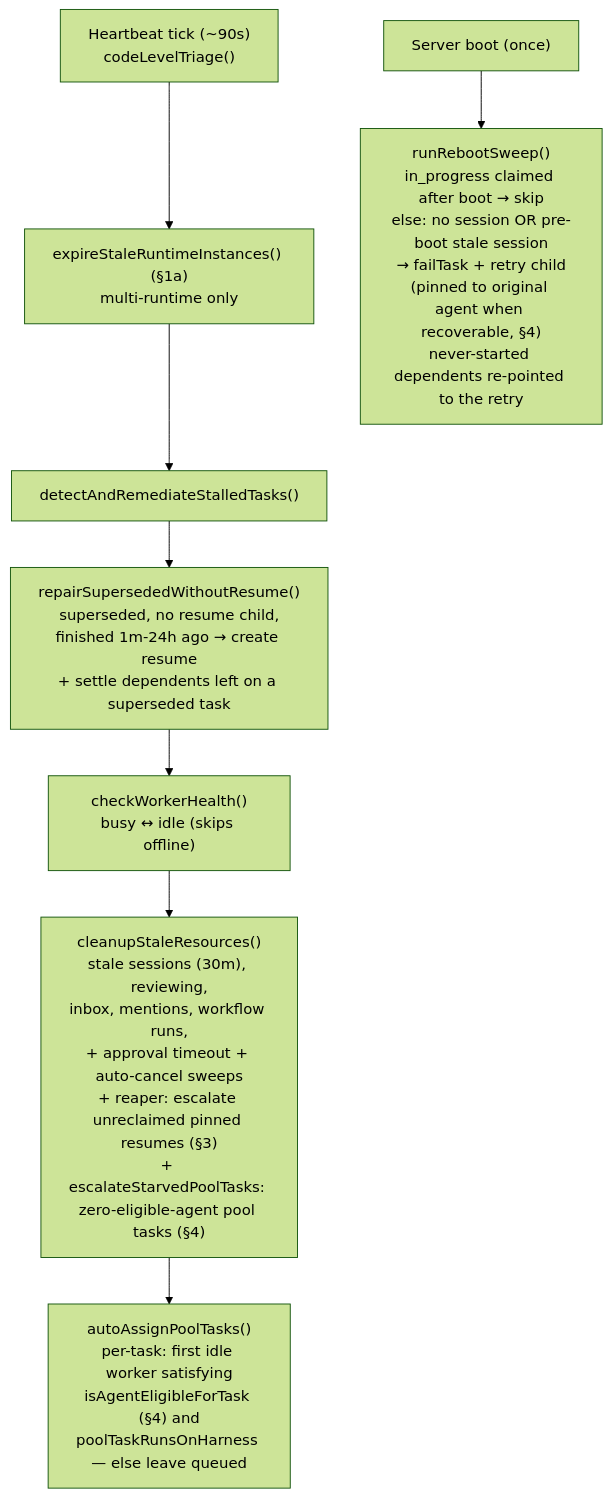
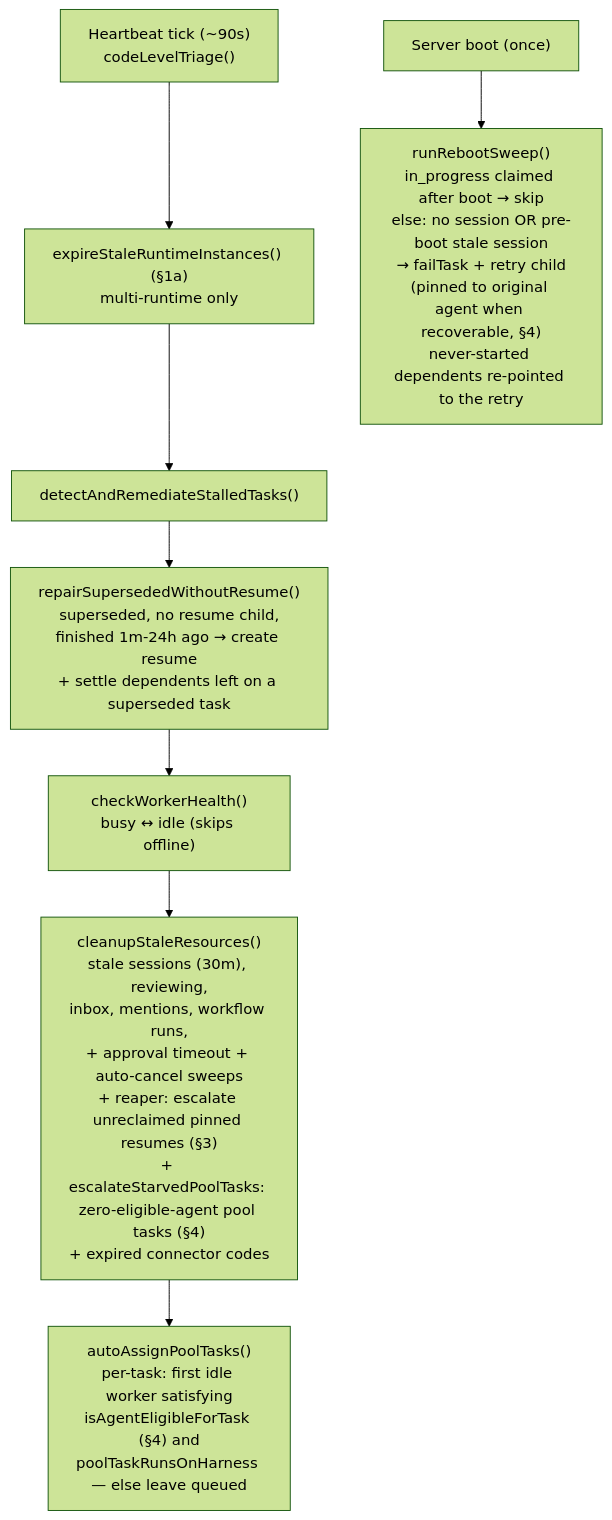
One commit to desplega-ai/agent-swarm changed the first of 5 diagrams in runbooks/heartbeat-crash-recovery.md. Above: the diagram before and after it, drawn with Mermaid (forest theme). The commit also changed other lines of this file and 18 other files, not shown here.

First line of the commit message:
feat(users): one-click Connect to ChatGPT via single-use connector codes

````diff
--- a/runbooks/heartbeat-crash-recovery.md
+++ b/runbooks/heartbeat-crash-recovery.md
@@ -15,11 +15,11 @@
 ```mermaid
 flowchart TD
   tick["Heartbeat tick (~90s)<br/>codeLevelTriage()"] --> expire["expireStaleRuntimeInstances() (§1a)<br/>multi-runtime only"]
   expire --> detect["detectAndRemediateStalledTasks()"]
   detect --> repair["repairSupersededWithoutResume()<br/>superseded, no resume child,<br/>finished 1m-24h ago → create resume<br/>+ settle dependents left on a superseded task"]
   repair --> health["checkWorkerHealth()<br/>busy ↔ idle (skips offline)"]
-  health --> cleanup["cleanupStaleResources()<br/>stale sessions (30m), reviewing,<br/>inbox, mentions, workflow runs,<br/>+ approval timeout + auto-cancel sweeps<br/>+ reaper: escalate unreclaimed pinned resumes (§3)<br/>+ escalateStarvedPoolTasks: zero-eligible-agent pool tasks (§4)"]
+  health --> cleanup["cleanupStaleResources()<br/>stale sessions (30m), reviewing,<br/>inbox, mentions, workflow runs,<br/>+ approval timeout + auto-cancel sweeps<br/>+ reaper: escalate unreclaimed pinned resumes (§3)<br/>+ escalateStarvedPoolTasks: zero-eligible-agent pool tasks (§4)<br/>+ expired connector codes"]
   cleanup --> assign["autoAssignPoolTasks()<br/>per-task: first idle worker satisfying<br/>isAgentEligibleForTask (§4) and<br/>poolTaskRunsOnHarness — else leave queued"]
 
   boot["Server boot (once)"] --> reboot["runRebootSweep()<br/>in_progress claimed after boot → skip<br/>else: no session OR pre-boot stale session<br/>→ failTask + retry child<br/>(pinned to original agent when recoverable, §4)<br/>never-started dependents re-pointed to the retry"]
 ```
````
